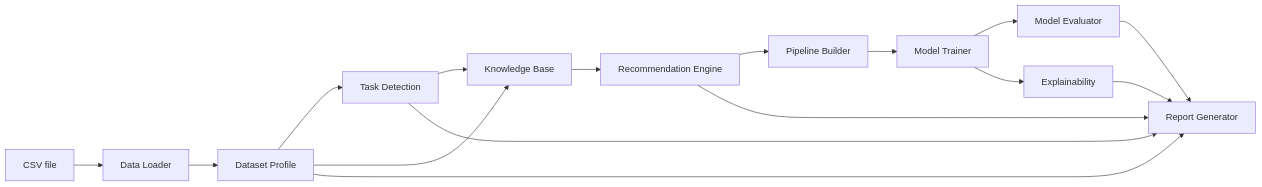
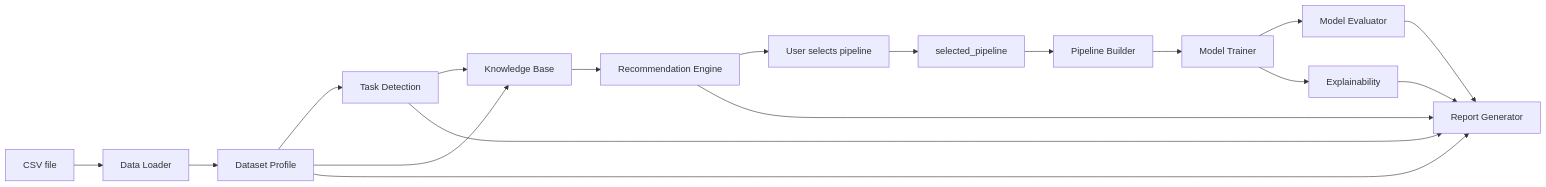
The second of 2 diagrams in PROJECT_TECHNICAL_DOCUMENTATION.md (JanakaAlwis/ML-Pipeline-Recommender), drawn with Mermaid before and after one commit. The commit also changed other lines of this file and 2 other files, not shown here.

````diff
--- a/PROJECT_TECHNICAL_DOCUMENTATION.md
+++ b/PROJECT_TECHNICAL_DOCUMENTATION.md
@@ -90,18 +90,20 @@
 ```mermaid
 flowchart LR
     CSV[CSV file] --> Loader[Data Loader]
     Loader --> Profile[Dataset Profile]
     Profile --> Task[Task Detection]
     Task --> KB[Knowledge Base]
     Profile --> KB
     KB --> Rec[Recommendation Engine]
-    Rec --> Builder[Pipeline Builder]
+    Rec --> Select[User selects pipeline]
+    Select --> State[selected_pipeline]
+    State --> Builder[Pipeline Builder]
     Builder --> Trainer[Model Trainer]
     Trainer --> Evaluator[Model Evaluator]
     Trainer --> Explain[Explainability]
     Evaluator --> Report[Report Generator]
     Explain --> Report
     Profile --> Report
     Task --> Report
     Rec --> Report
 ```
````
